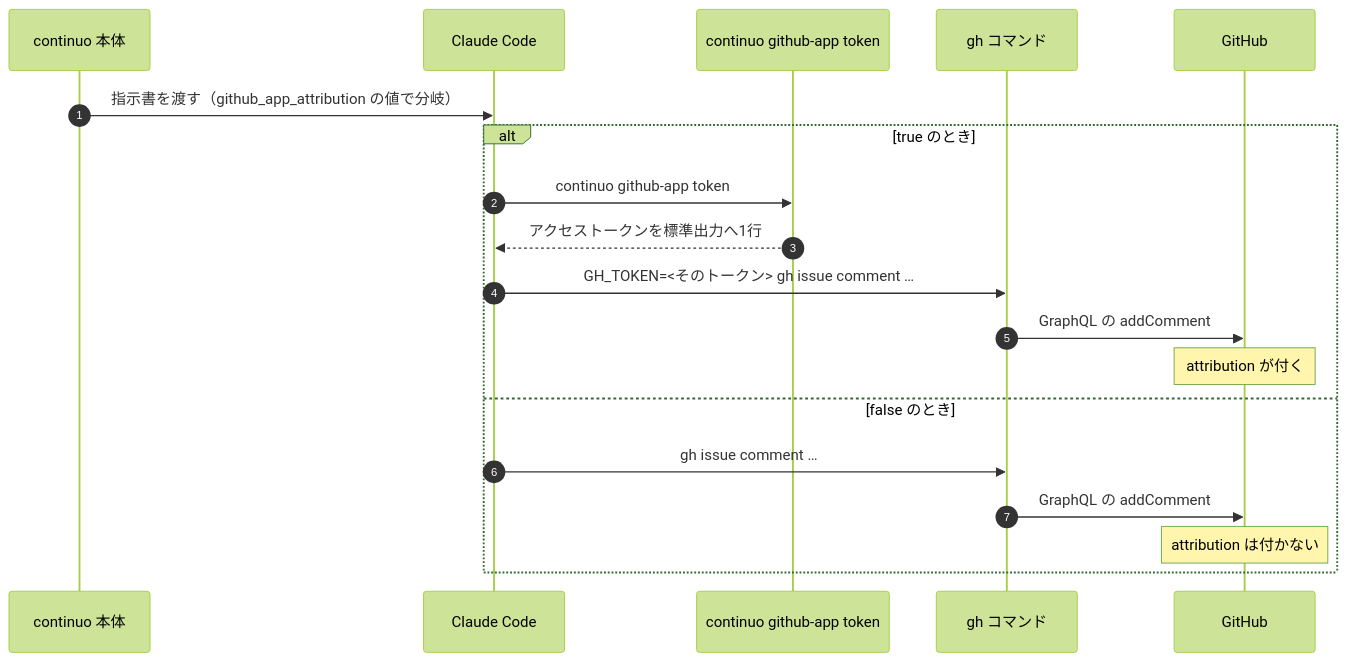
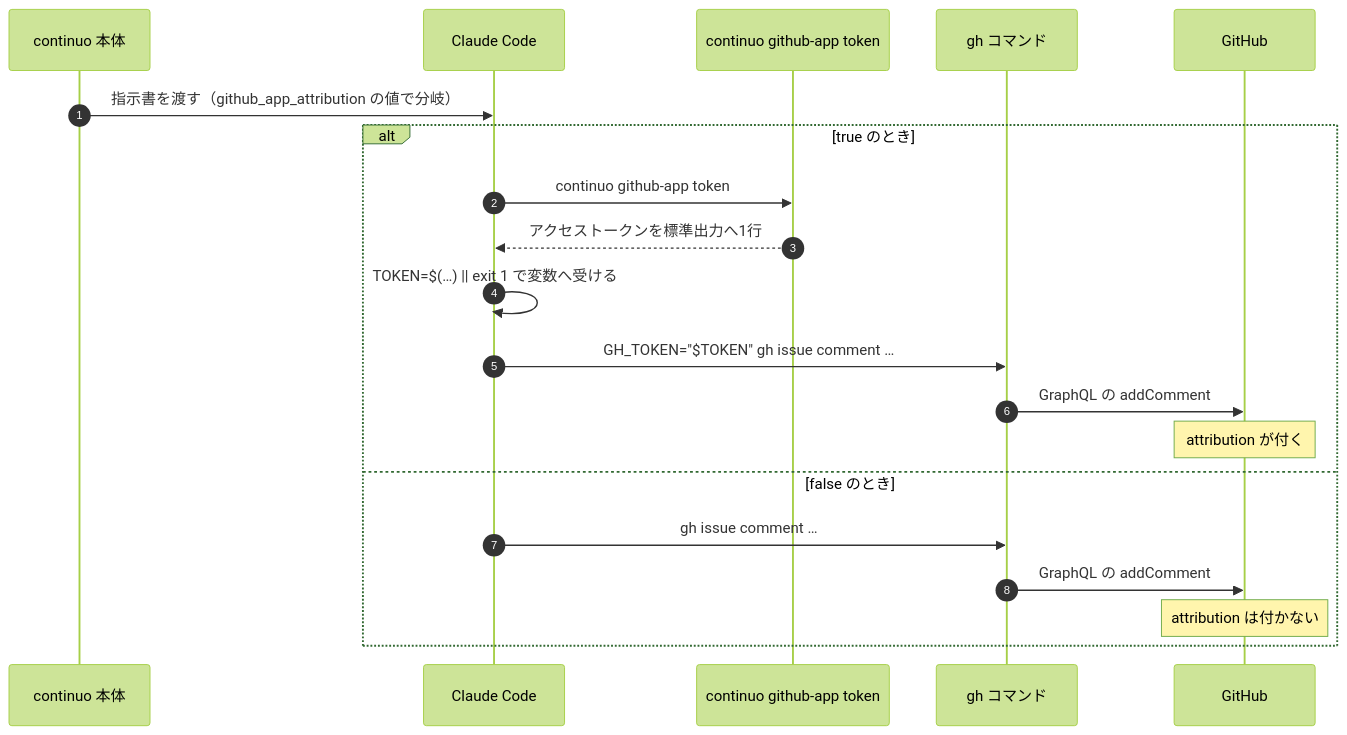
Diagram 12 of 13 in docs/plans/impl/issue245_github_app_attribution.md (maimuzo/continuo), drawn with Mermaid (forest theme) before and after one commit. The commit also changed other lines of this file, not shown here.

````diff
--- a/docs/plans/impl/issue245_github_app_attribution.md
+++ b/docs/plans/impl/issue245_github_app_attribution.md
@@ -1353,21 +1362,22 @@
 ```mermaid
 sequenceDiagram
     autonumber
     participant C as continuo 本体
     participant A as Claude Code
     participant CT as continuo github-app token
     participant GHc as gh コマンド
     participant GH as GitHub
     C->>A: 指示書を渡す（github_app_attribution の値で分岐）
     alt true のとき
         A->>CT: continuo github-app token
         CT-->>A: アクセストークンを標準出力へ1行
-        A->>GHc: GH_TOKEN=<そのトークン> gh issue comment …
+        A->>A: TOKEN=$(…) || exit 1 で変数へ受ける
+        A->>GHc: GH_TOKEN="$TOKEN" gh issue comment …
         GHc->>GH: GraphQL の addComment
         Note over GH: attribution が付く
     else false のとき
         A->>GHc: gh issue comment …
         GHc->>GH: GraphQL の addComment
         Note over GH: attribution は付かない
     end
 ```
````
